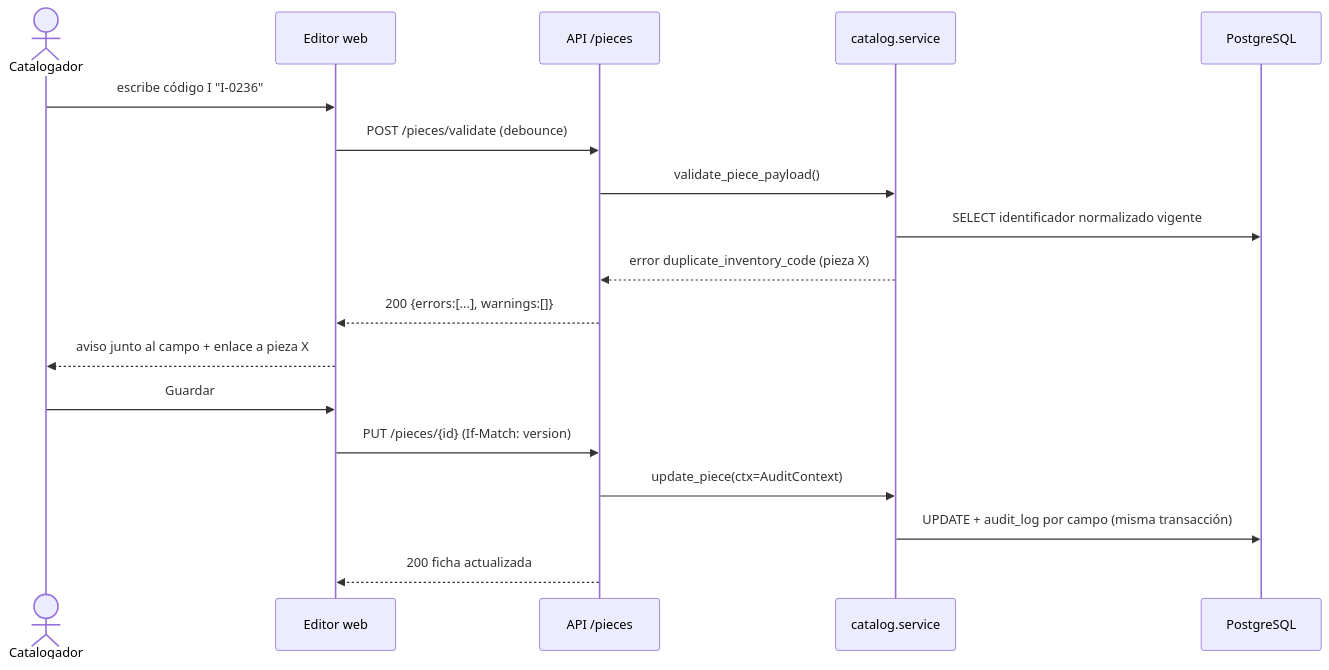
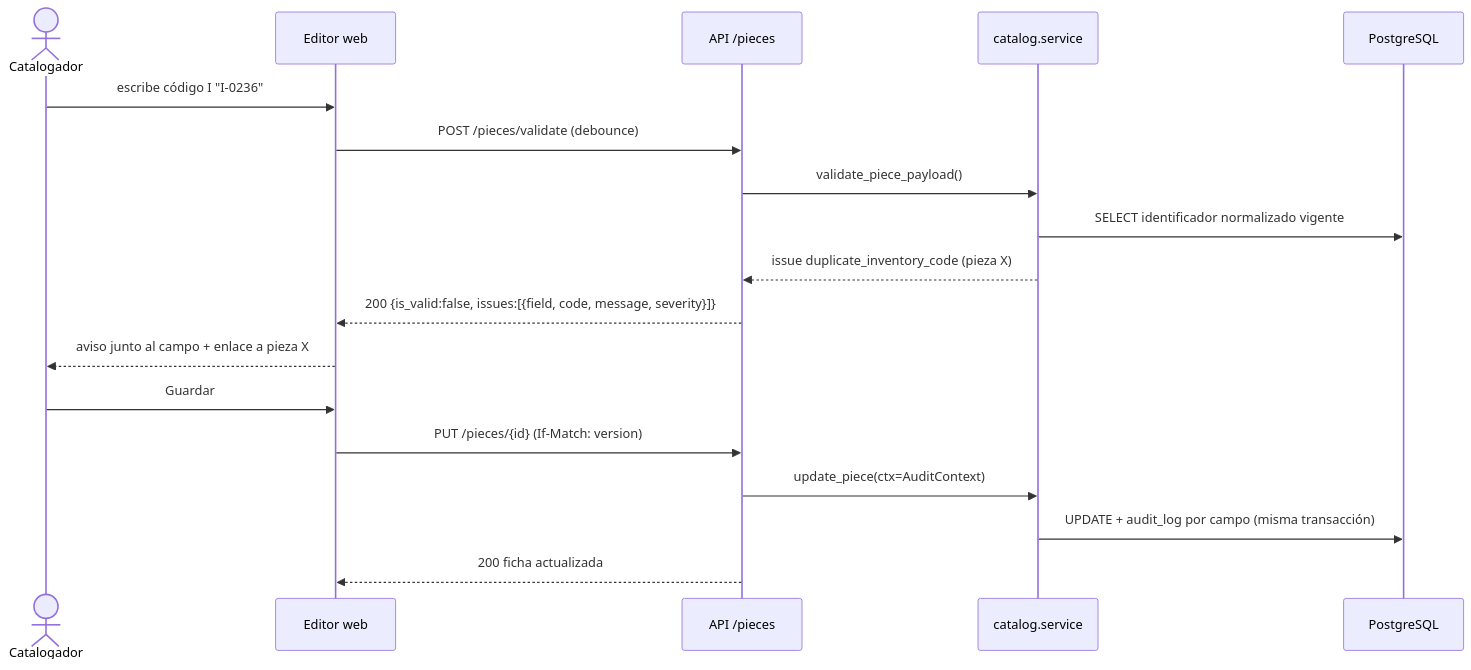
The diagram in openspec/changes/ficha-pieza-crud/design.md (AndreAsenjo18/MATP-PUCP), drawn with Mermaid before and after one commit. The commit also changed other lines of this file and 4 other files, not shown here.

````diff
--- a/openspec/changes/ficha-pieza-crud/design.md
+++ b/openspec/changes/ficha-pieza-crud/design.md
@@ -27,20 +30,20 @@
 ```mermaid
 sequenceDiagram
     actor C as Catalogador
     participant W as Editor web
     participant A as API /pieces
     participant S as catalog.service
     participant DB as PostgreSQL
     C->>W: escribe código I "I-0236"
     W->>A: POST /pieces/validate (debounce)
     A->>S: validate_piece_payload()
     S->>DB: SELECT identificador normalizado vigente
-    S-->>A: error duplicate_inventory_code (pieza X)
-    A-->>W: 200 {errors:[...], warnings:[]}
+    S-->>A: issue duplicate_inventory_code (pieza X)
+    A-->>W: 200 {is_valid:false, issues:[{field, code, message, severity}]}
     W-->>C: aviso junto al campo + enlace a pieza X
     C->>W: Guardar
     W->>A: PUT /pieces/{id} (If-Match: version)
     A->>S: update_piece(ctx=AuditContext)
     S->>DB: UPDATE + audit_log por campo (misma transacción)
     A-->>W: 200 ficha actualizada
 ```
````
